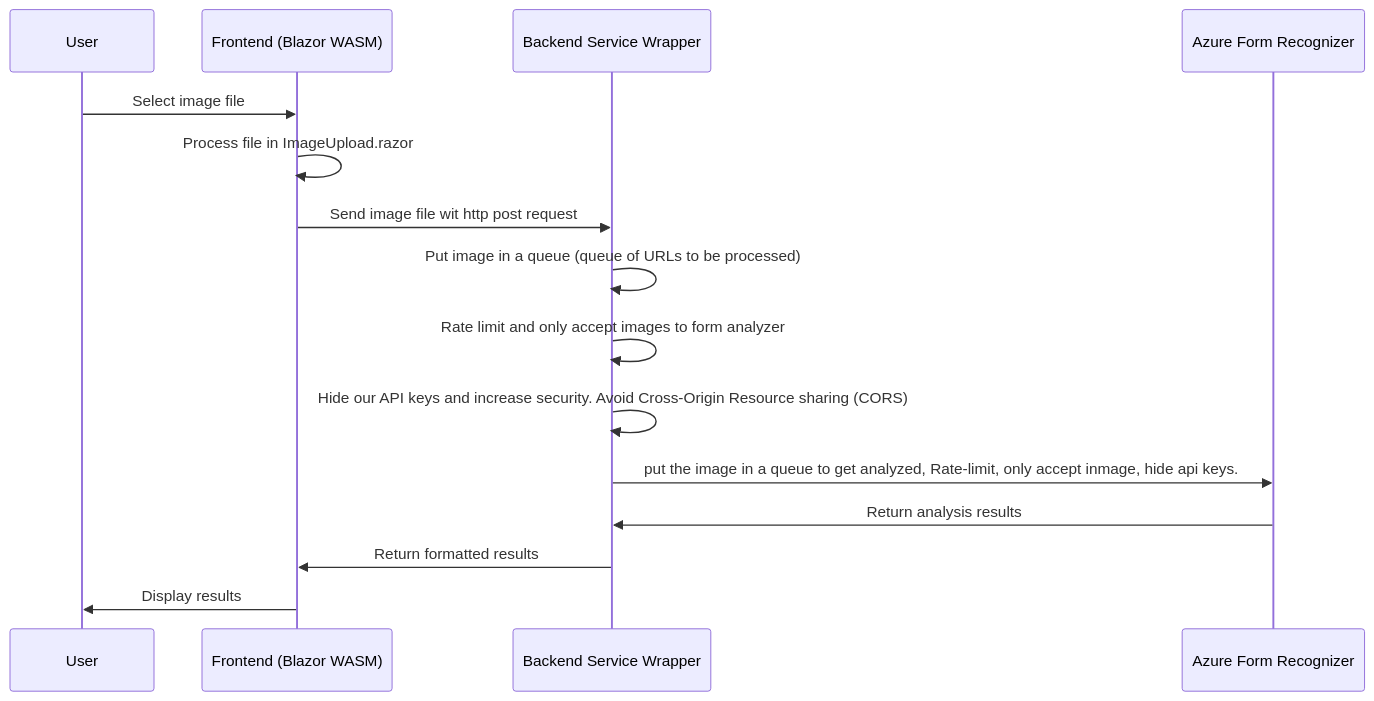
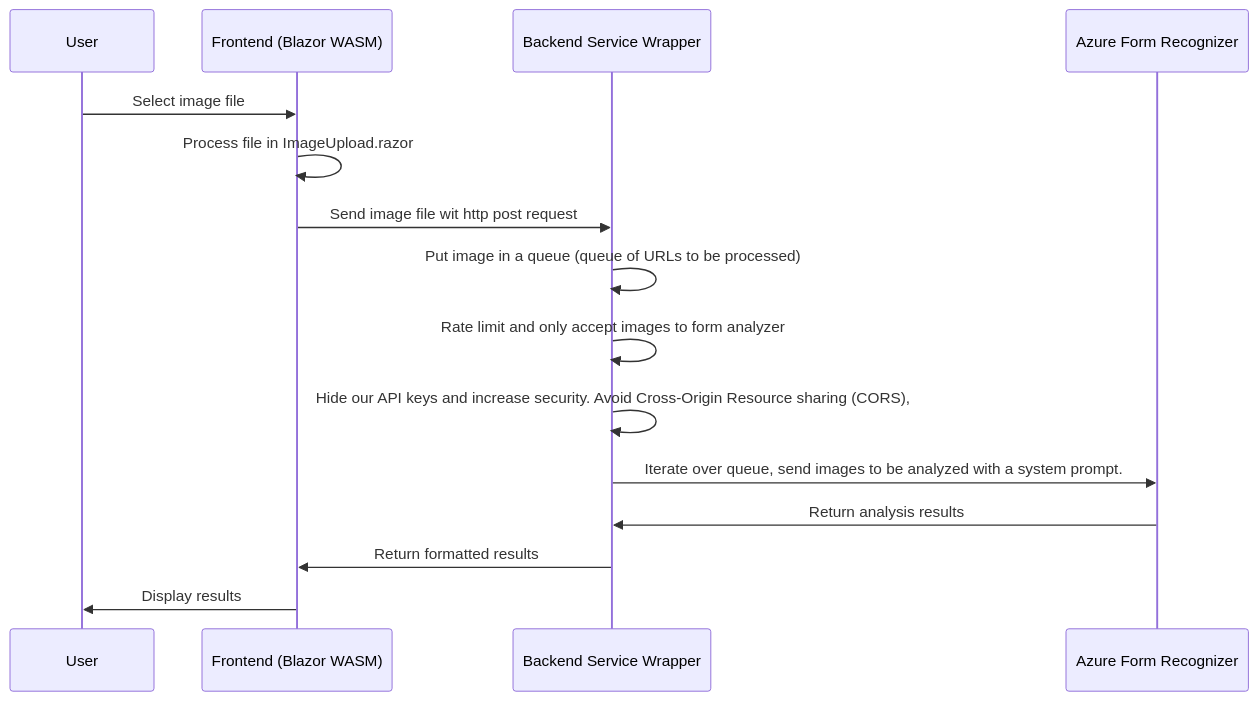
The diagram in readme.md (eric-fern/ImageReader), drawn with Mermaid before and after one commit.

````diff
--- a/readme.md
+++ b/readme.md
@@ -10,18 +10,18 @@
 ```mermaid
 sequenceDiagram
 participant User
 participant Frontend as Frontend (Blazor WASM)
 participant Backend as Backend Service Wrapper
 participant Azure as Azure Form Recognizer
 
 User->>Frontend: Select image file
 Frontend->>Frontend: Process file in ImageUpload.razor
 Frontend->>Backend: Send image file wit http post request
 Backend->>Backend:Put image in a queue (queue of URLs to be processed)
 Backend->>Backend:Rate limit and only accept images to form analyzer
-Backend->>Backend:Hide our API keys and increase security. Avoid Cross-Origin Resource sharing (CORS)
-Backend->>Azure: put the image in a queue to get analyzed, Rate-limit, only accept inmage, hide api keys.
+Backend->>Backend:Hide our API keys and increase security. Avoid Cross-Origin Resource sharing (CORS), 
+Backend->>Azure: Iterate over queue, send images to be analyzed with a system prompt.
 Azure->>Backend: Return analysis results
 Backend->>Frontend: Return formatted results
 Frontend->>User: Display results
 ```
````
